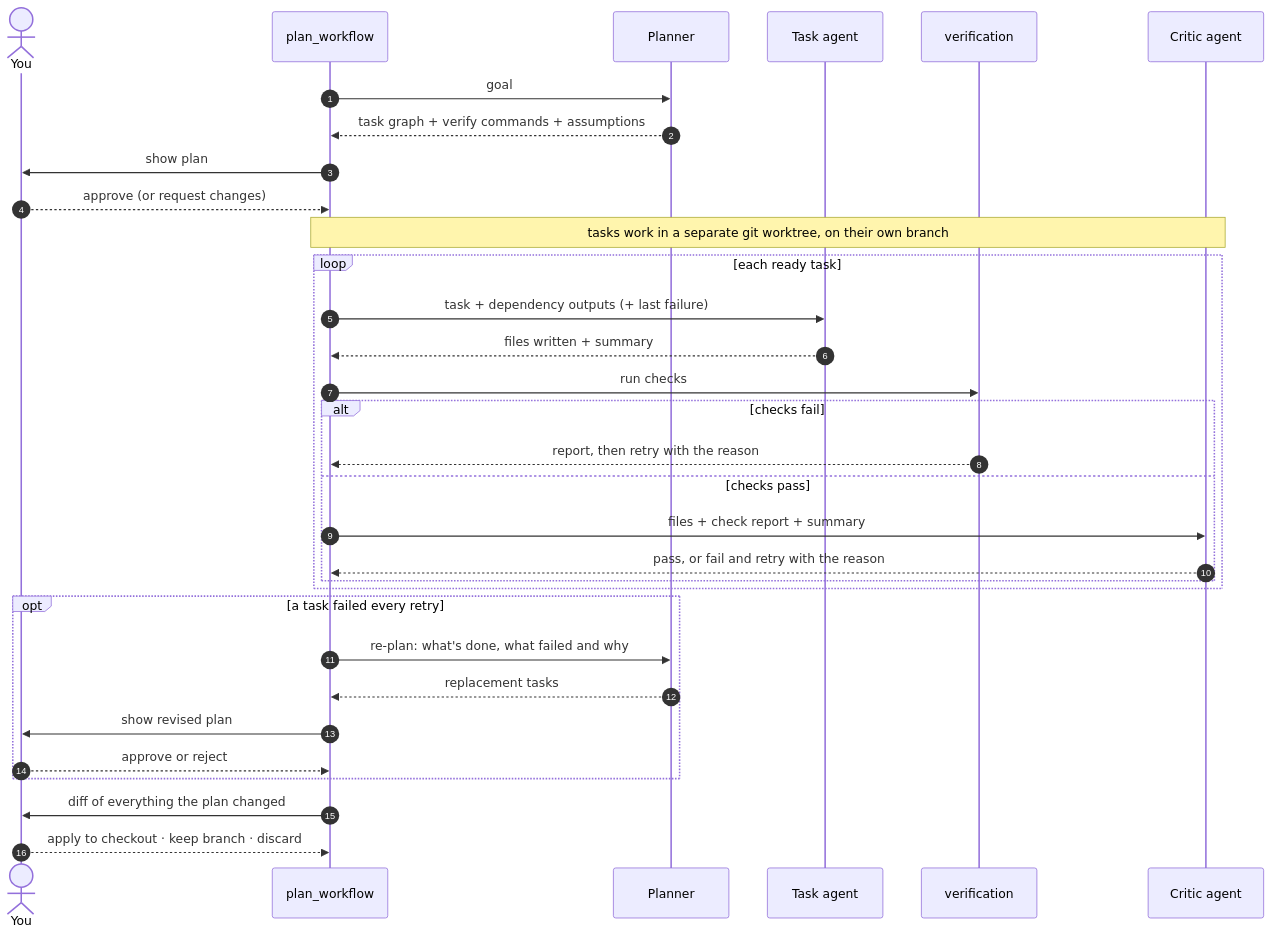
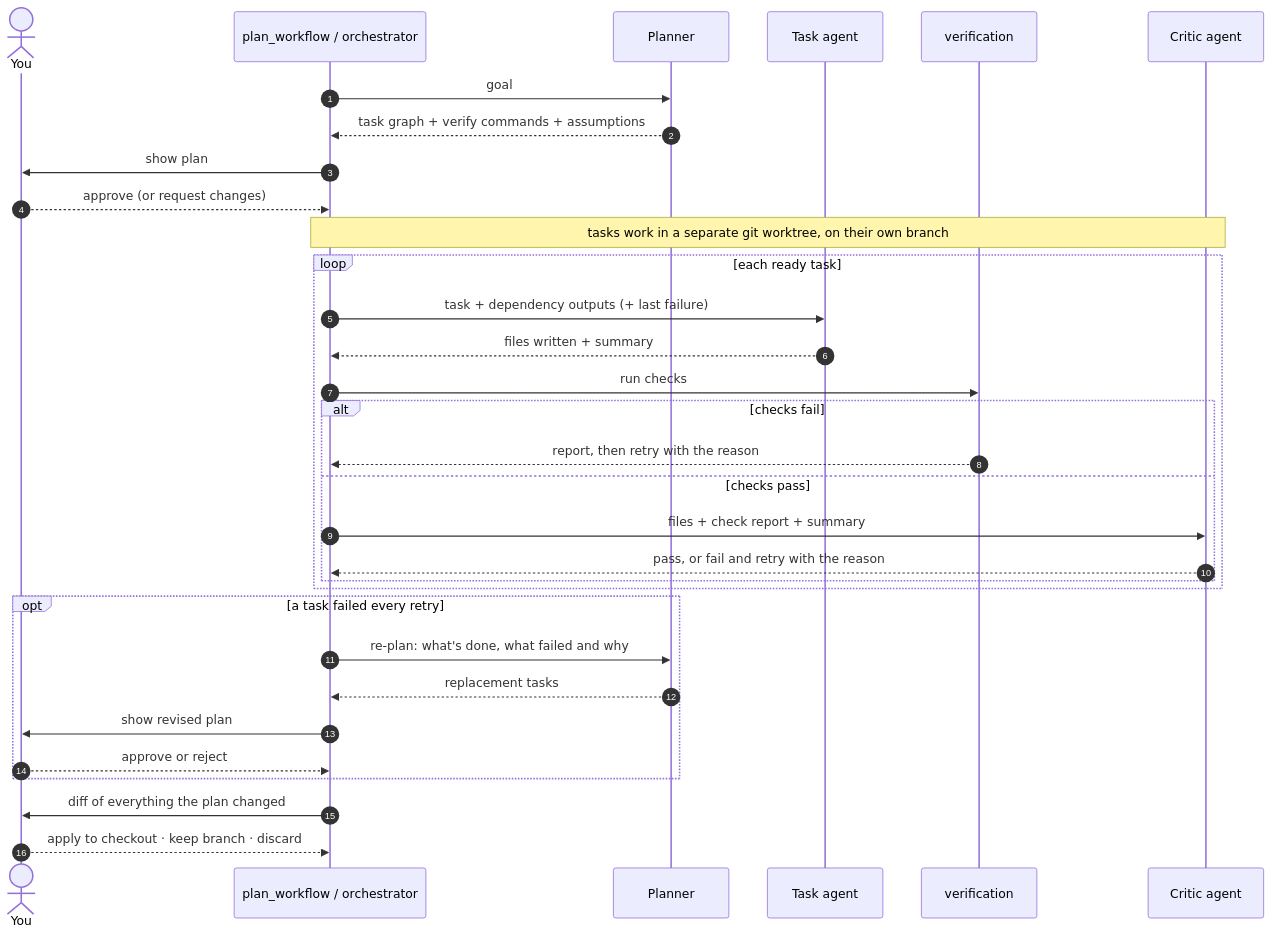
The second of 10 diagrams in README.md (Parth-Babariya/RepoPilot), drawn with Mermaid before and after one commit. The commit also changed other lines of this file and 5 other files, not shown here.

First line of the commit message:
Move the /plan task loop into workflows/orchestrator.py

````diff
--- a/README.md
+++ b/README.md
@@ -171,35 +171,35 @@
 ```mermaid
 sequenceDiagram
     autonumber
     actor U as You
-    participant W as plan_workflow
+    participant W as plan_workflow / orchestrator
     participant P as Planner
     participant T as Task agent
     participant V as verification
     participant C as Critic agent
 
     W->>P: goal
     P-->>W: task graph + verify commands + assumptions
     W->>U: show plan
     U-->>W: approve (or request changes)
     Note over W,C: tasks work in a separate git worktree, on their own branch
     loop each ready task
         W->>T: task + dependency outputs (+ last failure)
         T-->>W: files written + summary
         W->>V: run checks
         alt checks fail
             V-->>W: report, then retry with the reason
         else checks pass
             W->>C: files + check report + summary
             C-->>W: pass, or fail and retry with the reason
         end
     end
     opt a task failed every retry
         W->>P: re-plan: what's done, what failed and why
         P-->>W: replacement tasks
         W->>U: show revised plan
         U-->>W: approve or reject
     end
     W->>U: diff of everything the plan changed
     U-->>W: apply to checkout · keep branch · discard
 ```
````
